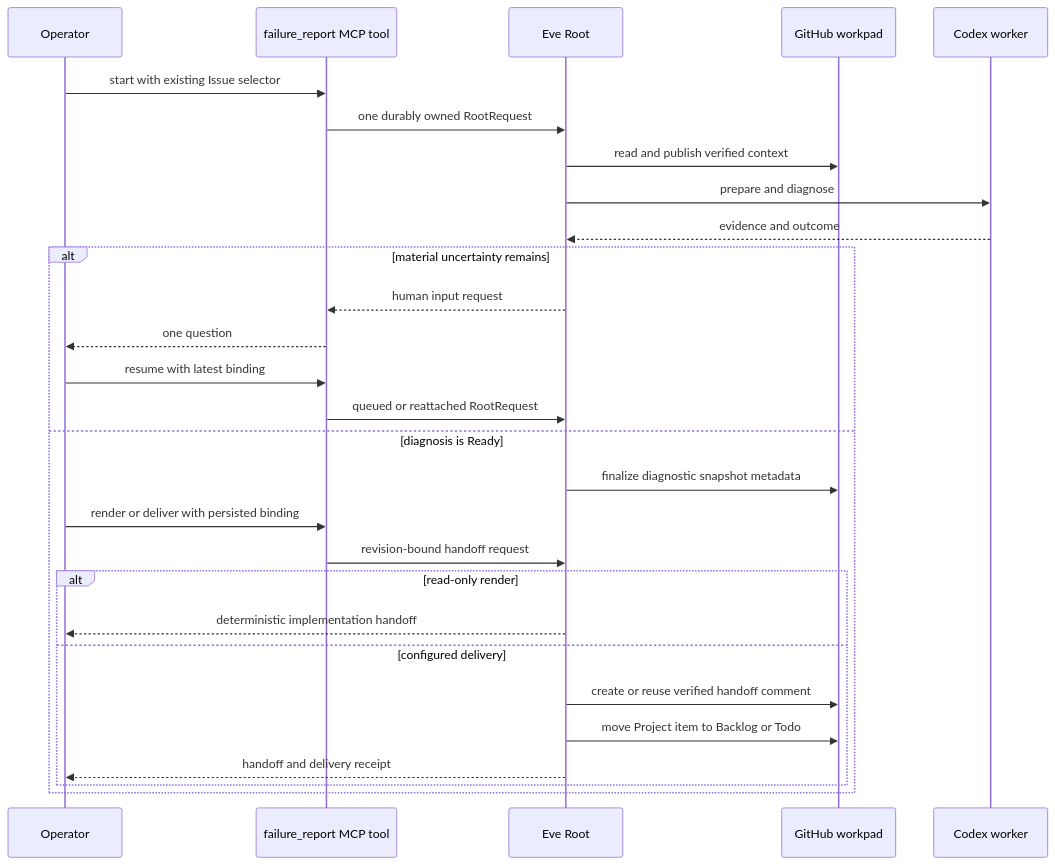
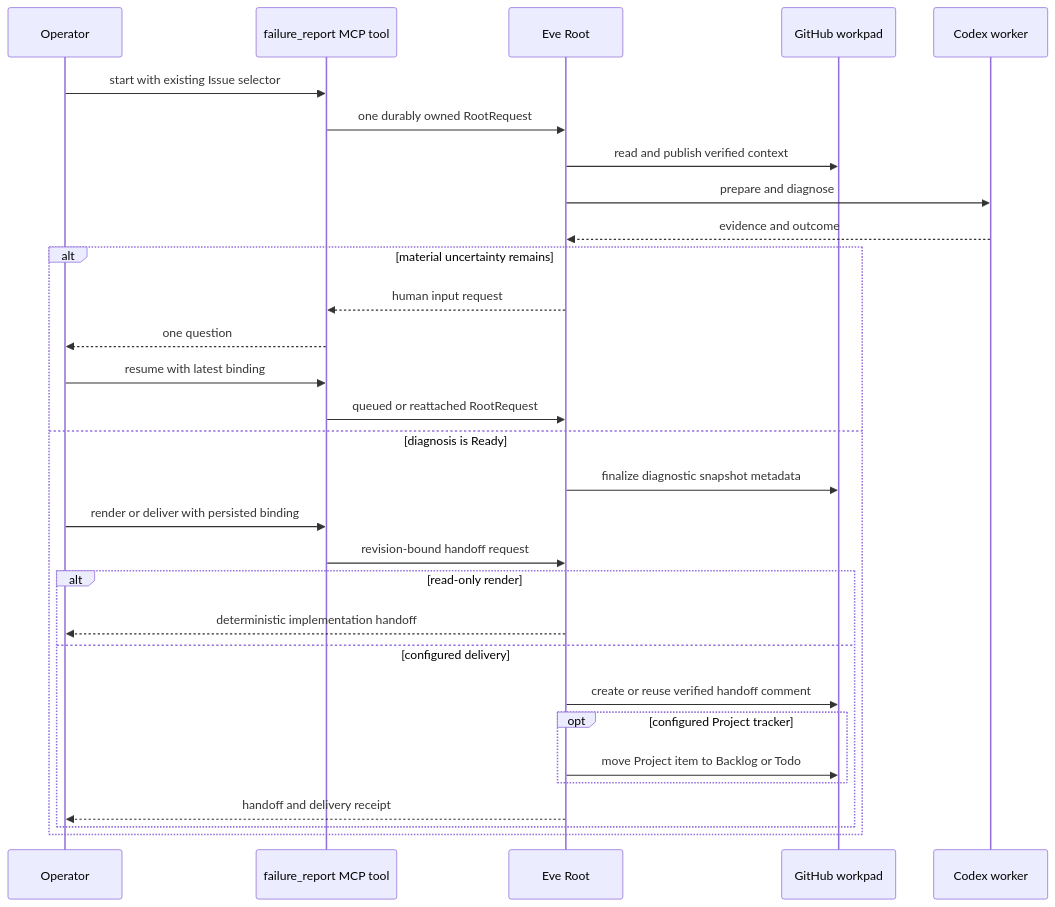
Before and after one commit to Alive24/FailureReport: the third of 3 diagrams in openwiki/workflows/runtime-and-workspaces.md, drawn with Mermaid. The commit also changed other lines of this file and 15 other files, not shown here.

````diff
--- a/openwiki/workflows/runtime-and-workspaces.md
+++ b/openwiki/workflows/runtime-and-workspaces.md
@@ -113,31 +125,33 @@
 ```mermaid
 sequenceDiagram
   participant Operator
   participant MCP as failure_report MCP tool
   participant Root as Eve Root
   participant Issue as GitHub workpad
   participant Codex as Codex worker
 
   Operator->>MCP: start with existing Issue selector
   MCP->>Root: one durably owned RootRequest
   Root->>Issue: read and publish verified context
   Root->>Codex: prepare and diagnose
   Codex-->>Root: evidence and outcome
   alt material uncertainty remains
     Root-->>MCP: human input request
     MCP-->>Operator: one question
     Operator->>MCP: resume with latest binding
     MCP->>Root: queued or reattached RootRequest
   else diagnosis is Ready
     Root->>Issue: finalize diagnostic snapshot metadata
     Operator->>MCP: render or deliver with persisted binding
     MCP->>Root: revision-bound handoff request
     alt read-only render
       Root-->>Operator: deterministic implementation handoff
     else configured delivery
       Root->>Issue: create or reuse verified handoff comment
-      Root->>Issue: move Project item to Backlog or Todo
+      opt configured Project tracker
+        Root->>Issue: move Project item to Backlog or Todo
+      end
       Root-->>Operator: handoff and delivery receipt
     end
   end
 ```
````
